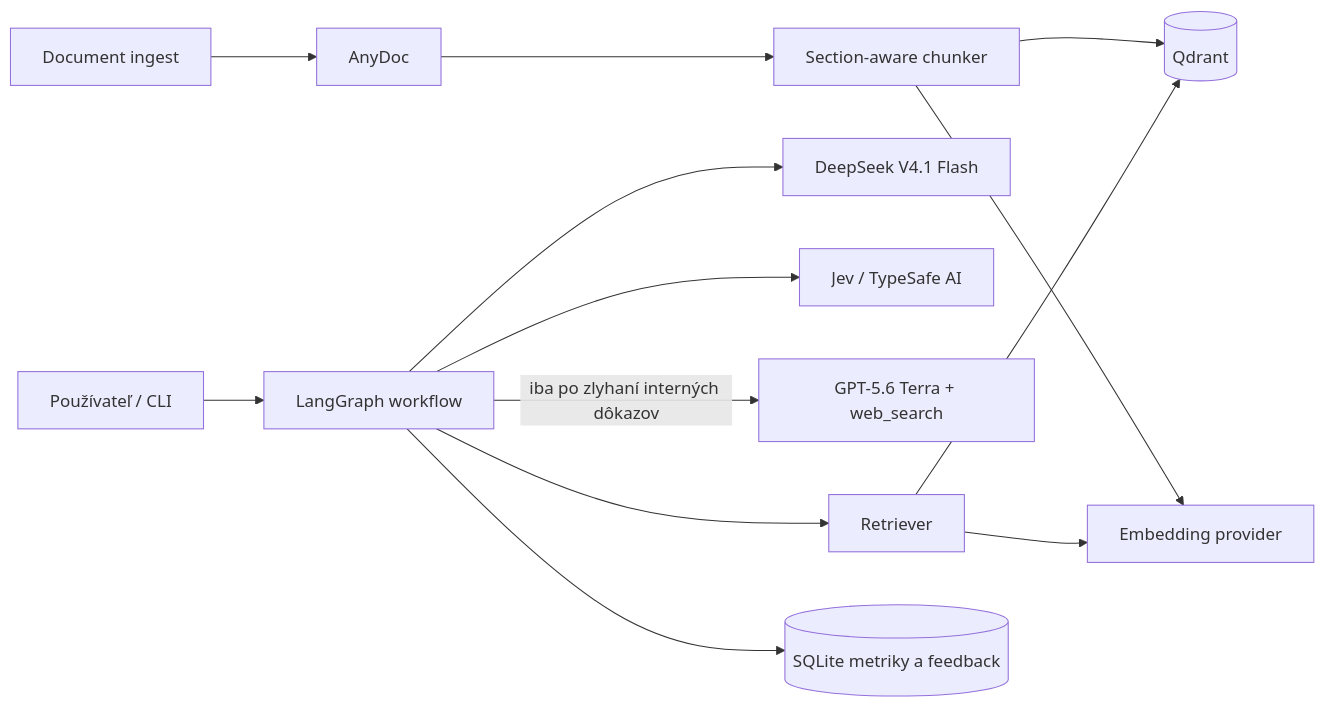
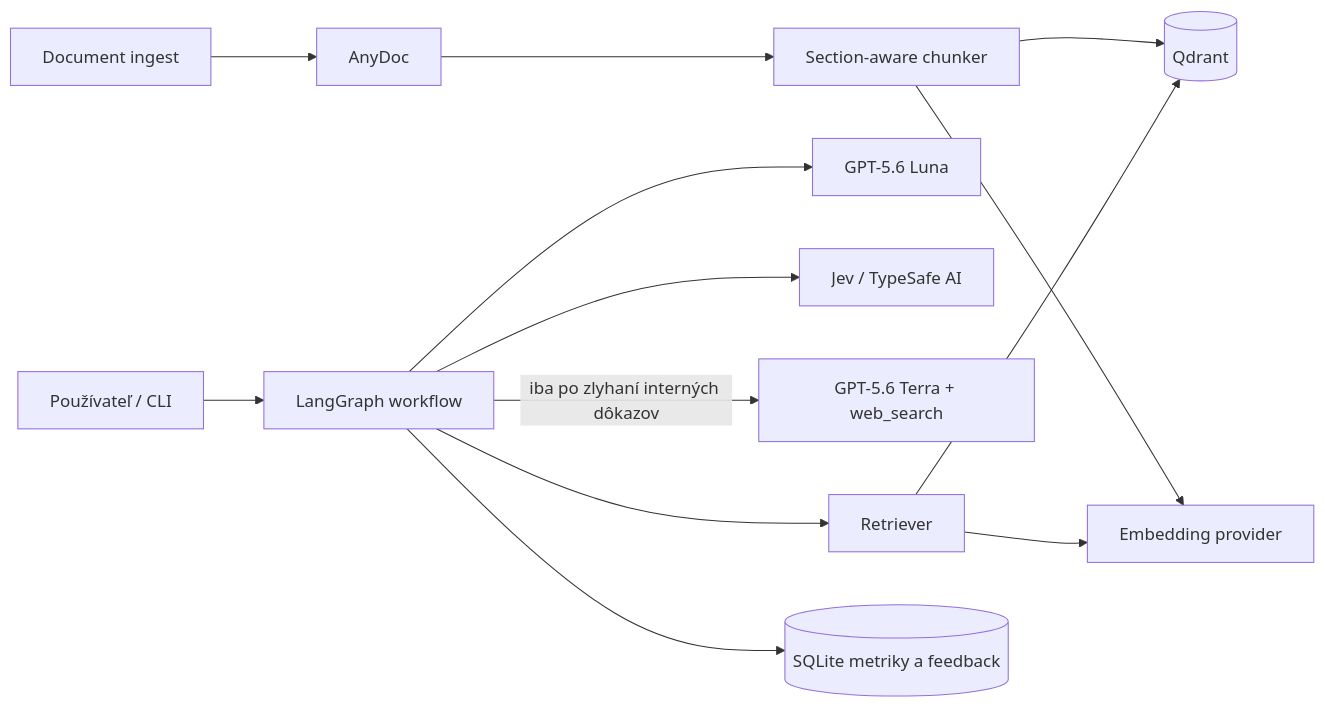
Before and after one commit to samuelbagin1/doc-ai-assistent: the diagram in README.md, drawn with Mermaid. The commit also changed other lines of this file, not shown here.

Commit message:
feat: document GPT-5.6 Luna answer generation README.md

````diff
--- a/README.md
+++ b/README.md
@@ -63,15 +63,15 @@
 ```mermaid
 flowchart LR
     U[Používateľ / CLI] --> G[LangGraph workflow]
     G --> R[Retriever]
     R --> Q[(Qdrant)]
     R --> E[Embedding provider]
-    G --> D[DeepSeek V4.1 Flash]
+    G --> D[GPT-5.6 Luna]
     G --> J[Jev / TypeSafe AI]
     G -->|iba po zlyhaní interných dôkazov| W[GPT-5.6 Terra + web_search]
     I[Document ingest] --> A[AnyDoc]
     A --> C[Section-aware chunker]
     C --> E
     C --> Q
     G --> M[(SQLite metriky a feedback)]
 ```
````
